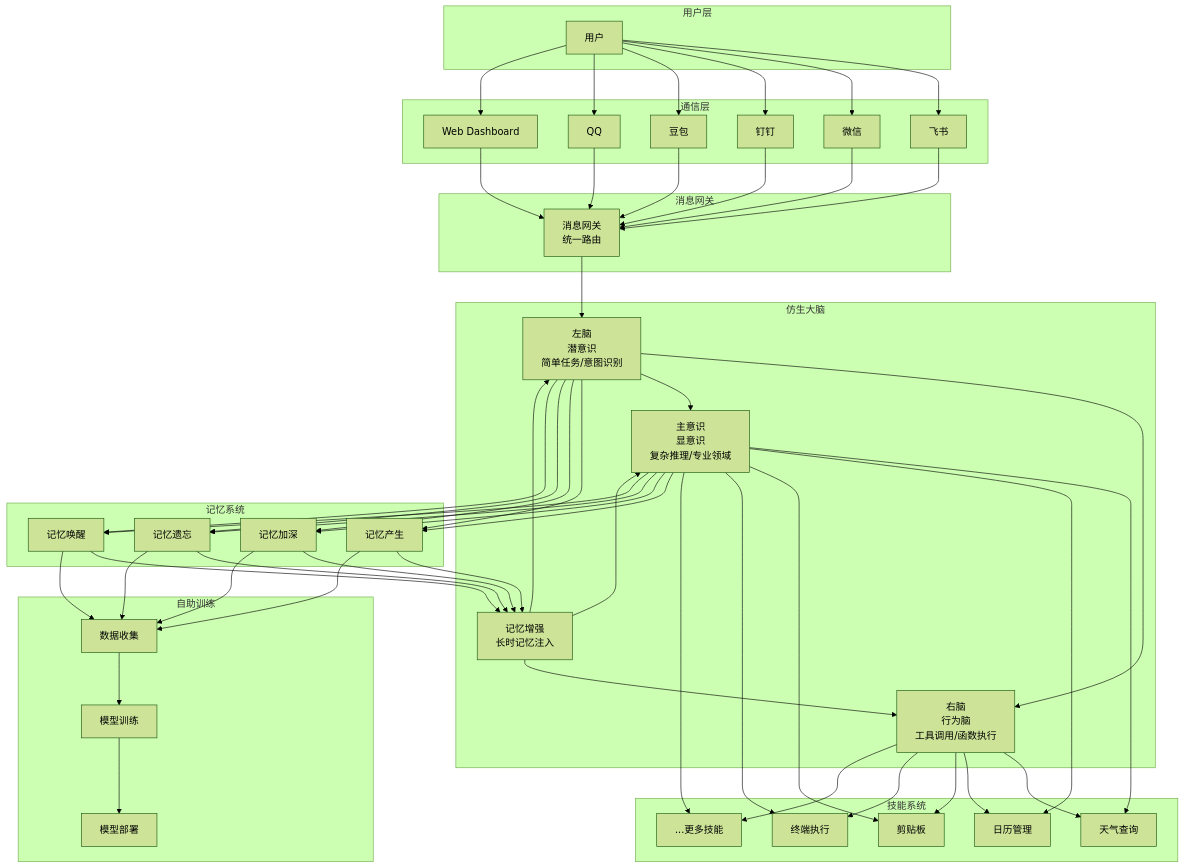
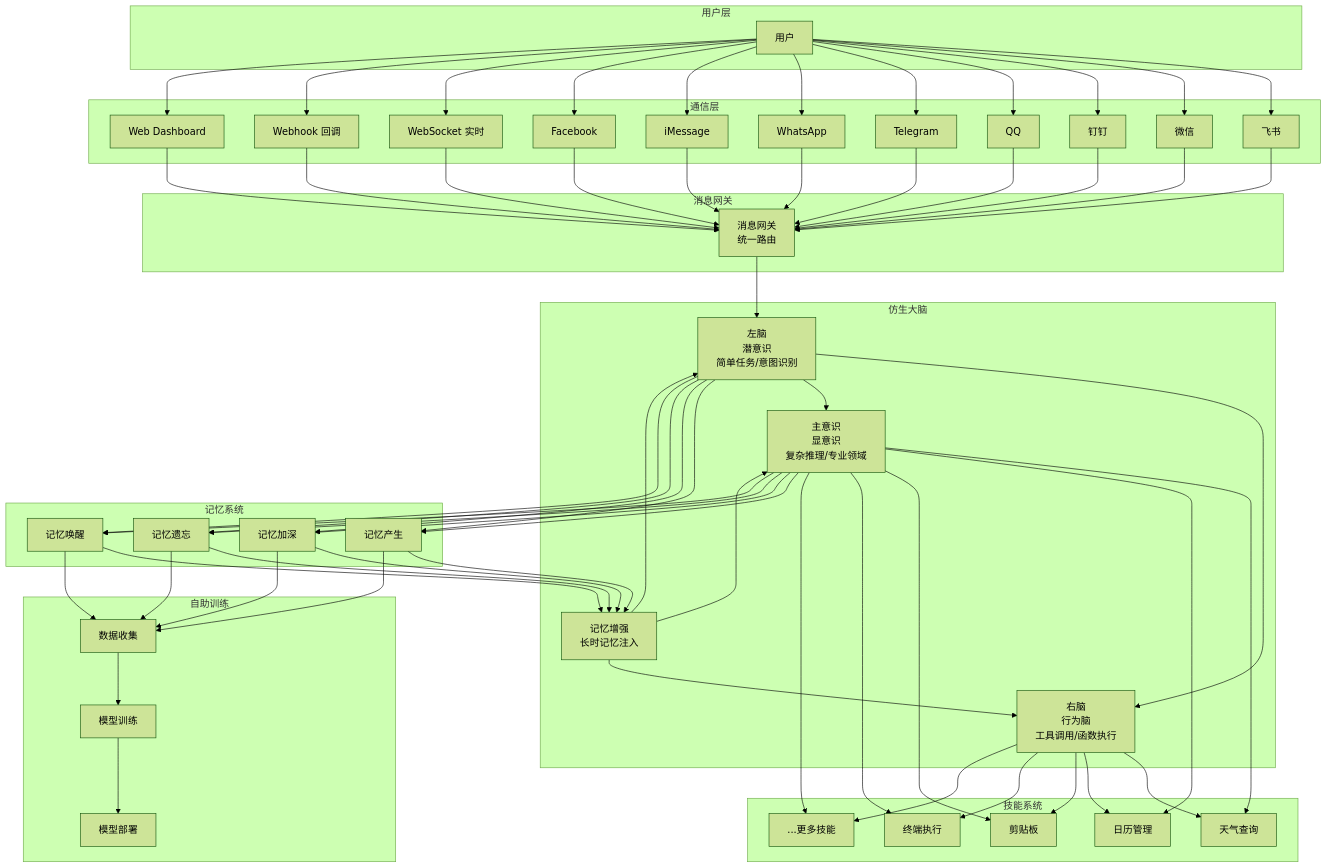
Before and after one commit to DotNetAge/mindx: the diagram in README_zh-cn.md, drawn with Mermaid (forest theme). The commit also changed other lines of this file and 26 other files, not shown here.

````diff
--- a/README_zh-cn.md
+++ b/README_zh-cn.md
@@ -115,60 +115,65 @@
 ```mermaid
 graph TB
     subgraph 用户层
         A[用户]
     end
 
     subgraph 通信层
         B1[飞书]
         B2[微信]
         B3[钉钉]
-        B4[豆包]
-        B5[QQ]
-        B6[Web Dashboard]
+        B4[QQ]
+        B5[Telegram]
+        B6[WhatsApp]
+        B7[iMessage]
+        B8[Facebook]
+        B9[WebSocket 实时]
+        B10[Webhook 回调]
+        B11[Web Dashboard]
     end
 
     subgraph 消息网关
         C[消息网关<br/>统一路由]
     end
 
     subgraph 仿生大脑
         D1[左脑<br/>潜意识<br/>简单任务/意图识别]
         D2[右脑<br/>行为脑<br/>工具调用/函数执行]
         D3[主意识<br/>显意识<br/>复杂推理/专业领域]
         D4[记忆增强<br/>长时记忆注入]
     end
 
     subgraph 技能系统
         E1[天气查询]
         E2[日历管理]
         E3[剪贴板]
         E4[终端执行]
         E5[...更多技能]
     end
 
     subgraph 记忆系统
         F1[记忆产生]
         F2[记忆加深]
         F3[记忆遗忘]
         F4[记忆唤醒]
     end
 
     subgraph 自助训练
         G1[数据收集]
         G2[模型训练]
         G3[模型部署]
     end
 
-    A --> B1 & B2 & B3 & B4 & B5 & B6
-    B1 & B2 & B3 & B4 & B5 & B6 --> C
+    A --> B1 & B2 & B3 & B4 & B5 & B6 & B7 & B8 & B9 & B10 & B11
+    B1 & B2 & B3 & B4 & B5 & B6 & B7 & B8 & B9 & B10 & B11 --> C
     C --> D1
     D1 --> D2
     D1 --> D3
     D2 --> E1 & E2 & E3 & E4 & E5
     D3 --> E1 & E2 & E3 & E4 & E5
     D1 & D3 --> F1 & F2 & F3 & F4
     F1 & F2 & F3 & F4 --> D4
     D4 --> D1 & D2 & D3
     F1 & F2 & F3 & F4 --> G1
     G1 --> G2 --> G3
 ```
````
